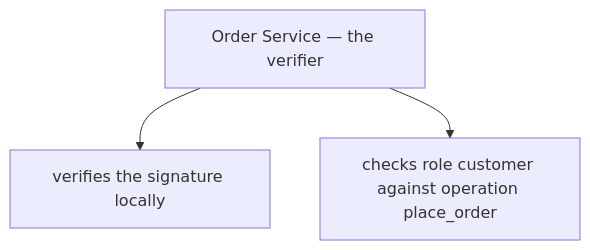
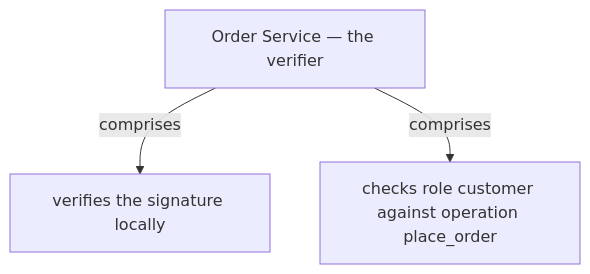
Before and after one commit to vinayakuber/microservices-io-study-guide: the sixth of 12 diagrams in docs/ch28-access-token.md, drawn with Mermaid. The commit also changed other lines of this file and 71 other files, not shown here.

First line of the commit message:
R18: label every diagram arrow with its meaning

````diff
--- a/docs/ch28-access-token.md
+++ b/docs/ch28-access-token.md
@@ -181,6 +181,6 @@
 ```mermaid
 flowchart TD
   R["Order Service — the verifier"]
-  R --> P0["verifies the signature locally"]
-  R --> P1["checks role customer against operation place_order"]
+  R -->|"comprises"| P0["verifies the signature locally"]
+  R -->|"comprises"| P1["checks role customer against operation place_order"]
 ```
````
